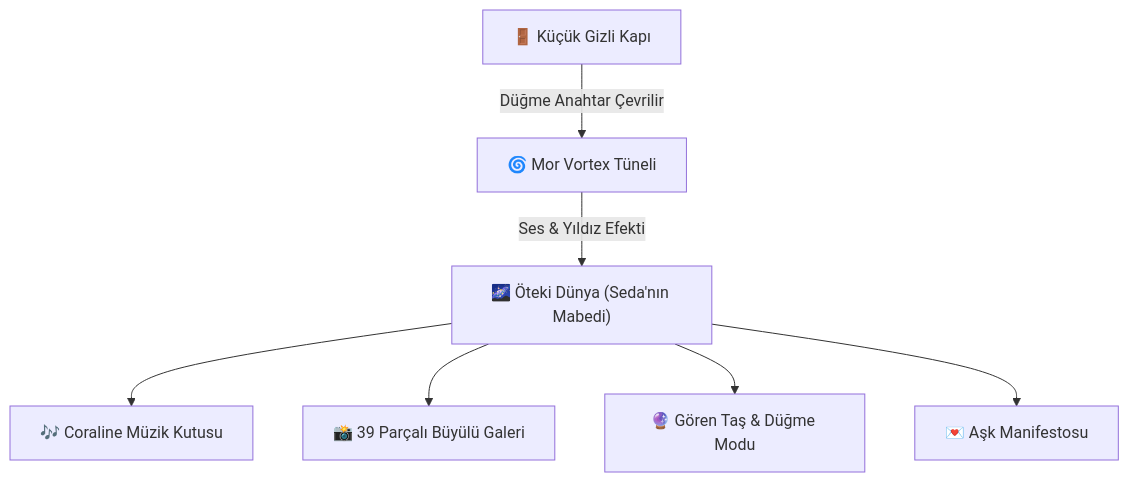
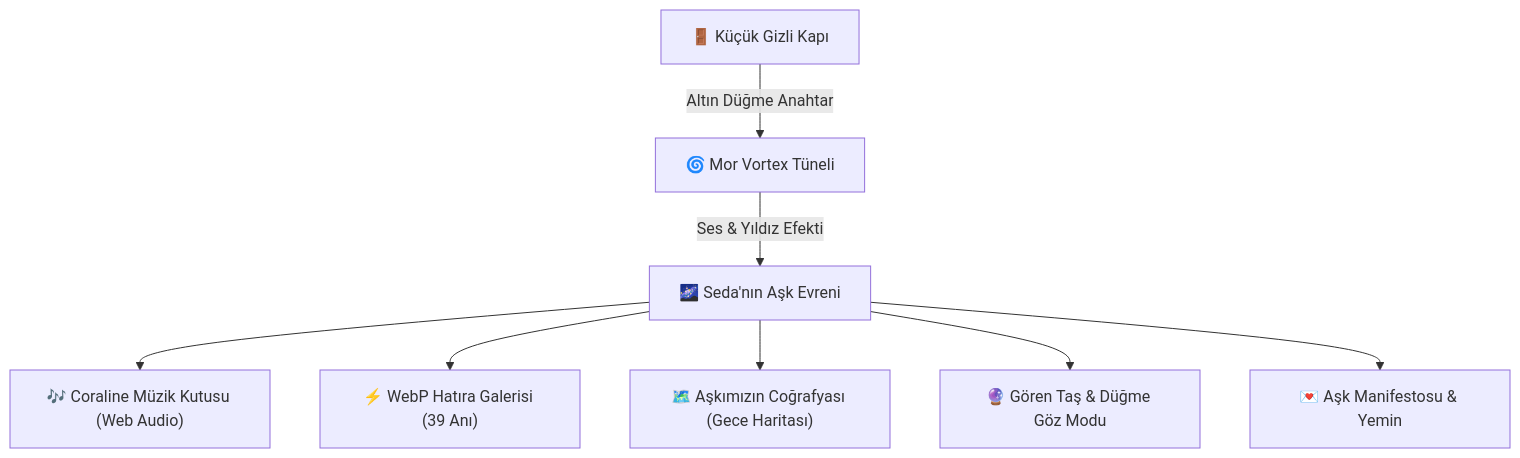
The diagram in README.md (frkntlr/seda-furkan-love), drawn with Mermaid before and after one commit. The commit also changed other lines of this file and 300 other files, not shown here.

````diff
--- a/README.md
+++ b/README.md
@@ -52,9 +55,10 @@
 ```mermaid
 flowchart TD
-    A["🚪 Küçük Gizli Kapı"] -->|Düğme Anahtar Çevrilir| B["🌀 Mor Vortex Tüneli"]
-    B -->|Ses & Yıldız Efekti| C["🌌 Öteki Dünya (Seda'nın Mabedi)"]
-    C --> D["🎶 Coraline Müzik Kutusu"]
-    C --> E["📸 39 Parçalı Büyülü Galeri"]
-    C --> F["🔮 Gören Taş & Düğme Modu"]
-    C --> G["💌 Aşk Manifestosu"]
+    A["🚪 Küçük Gizli Kapı"] -->|Altın Düğme Anahtar| B["🌀 Mor Vortex Tüneli"]
+    B -->|Ses & Yıldız Efekti| C["🌌 Seda'nın Aşk Evreni"]
+    C --> D["🎶 Coraline Müzik Kutusu (Web Audio)"]
+    C --> E["⚡ WebP Hatıra Galerisi (39 Anı)"]
+    C --> F["🗺️ Aşkımızın Coğrafyası (Gece Haritası)"]
+    C --> G["🔮 Gören Taş & Düğme Göz Modu"]
+    C --> H["💌 Aşk Manifestosu & Yemin"]
 ```
````
